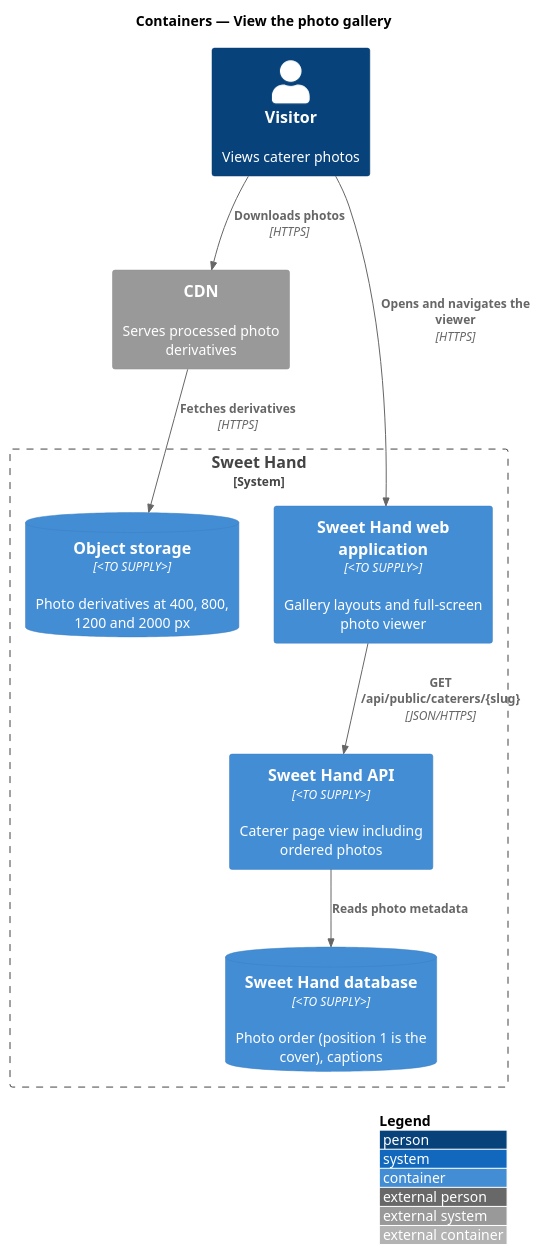
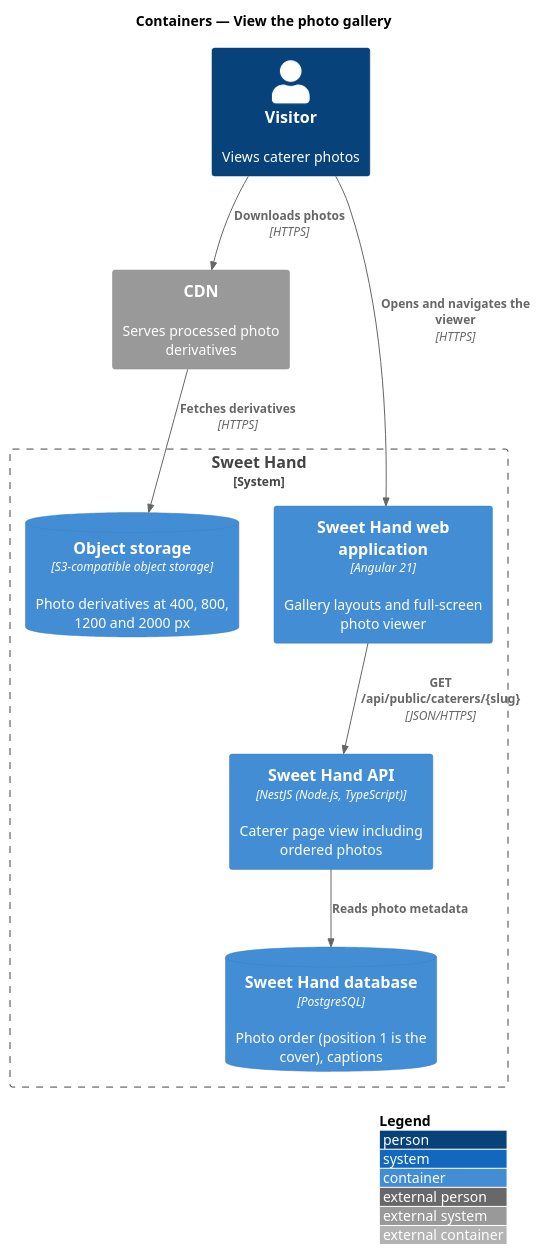
The diagram in docs/detailed-designs/discovery/view-photo-gallery/diagrams/c4-container.puml (QuinntyneBrown/sweet-hand), drawn with PlantUML before and after one commit. The commit also changed 32 other files, not shown here.

```diff
--- a/docs/detailed-designs/discovery/view-photo-gallery/diagrams/c4-container.puml
+++ b/docs/detailed-designs/discovery/view-photo-gallery/diagrams/c4-container.puml
@@ -1,19 +1,19 @@
 @startuml
 !include <C4/C4_Container>
 LAYOUT_WITH_LEGEND()
 title Containers — View the photo gallery
 
 Person(visitor, "Visitor", "Views caterer photos")
 System_Ext(cdn, "CDN", "Serves processed photo derivatives")
 System_Boundary(sweethand, "Sweet Hand") {
-  Container(web, "Sweet Hand web application", "<TO SUPPLY>", "Gallery layouts and full-screen photo viewer")
-  Container(api, "Sweet Hand API", "<TO SUPPLY>", "Caterer page view including ordered photos")
-  ContainerDb(db, "Sweet Hand database", "<TO SUPPLY>", "Photo order (position 1 is the cover), captions")
-  ContainerDb(storage, "Object storage", "<TO SUPPLY>", "Photo derivatives at 400, 800, 1200 and 2000 px")
+  Container(web, "Sweet Hand web application", "Angular 21", "Gallery layouts and full-screen photo viewer")
+  Container(api, "Sweet Hand API", "NestJS (Node.js, TypeScript)", "Caterer page view including ordered photos")
+  ContainerDb(db, "Sweet Hand database", "PostgreSQL", "Photo order (position 1 is the cover), captions")
+  ContainerDb(storage, "Object storage", "S3-compatible object storage", "Photo derivatives at 400, 800, 1200 and 2000 px")
 }
 Rel(visitor, web, "Opens and navigates the viewer", "HTTPS")
 Rel(visitor, cdn, "Downloads photos", "HTTPS")
 Rel(web, api, "GET /api/public/caterers/{slug}", "JSON/HTTPS")
 Rel(api, db, "Reads photo metadata")
 Rel(cdn, storage, "Fetches derivatives", "HTTPS")
 @enduml
```
